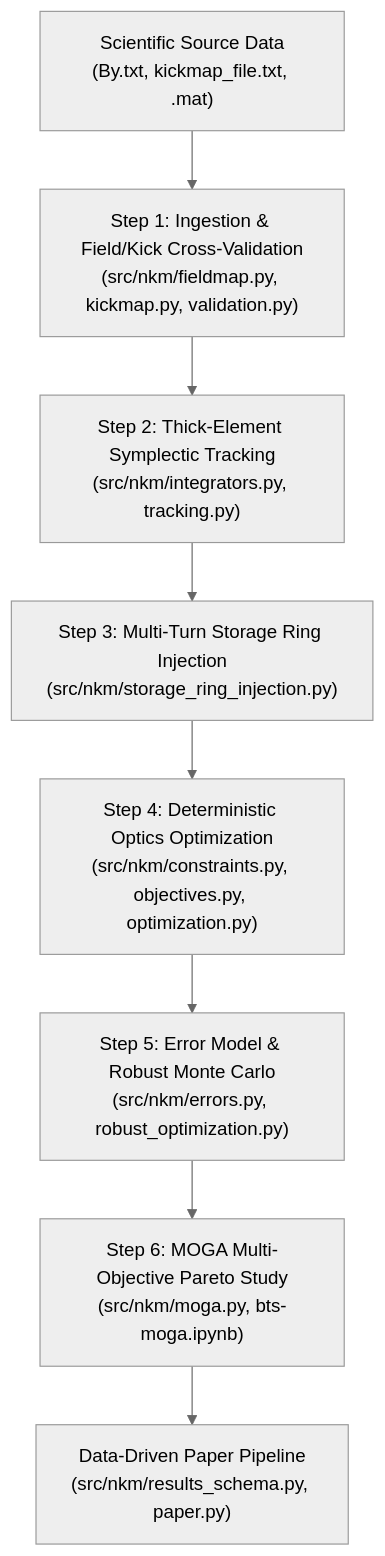
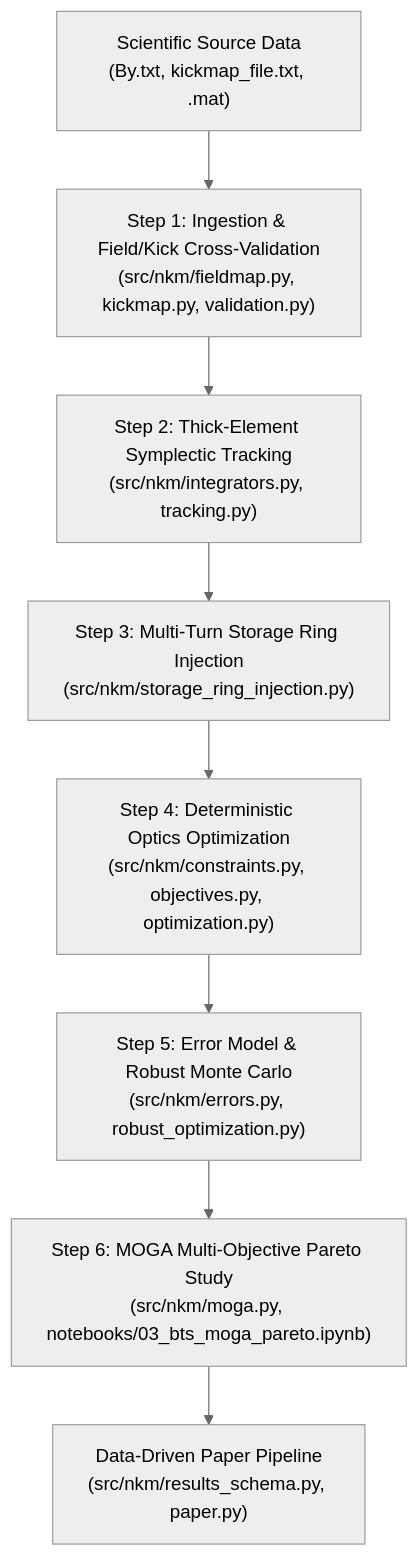
One commit to cspark7701/nkm changed the diagram in docs/SIMULATION_PROCEDURE_AND_PUBLICATION_WORKFLOW.md. Above: the diagram before and after it, drawn with Mermaid (neutral theme). The commit also changed other lines of this file and 4 other files, not shown here.

````diff
--- a/docs/SIMULATION_PROCEDURE_AND_PUBLICATION_WORKFLOW.md
+++ b/docs/SIMULATION_PROCEDURE_AND_PUBLICATION_WORKFLOW.md
@@ -23,10 +23,10 @@
 ```mermaid
 flowchart TD
     A["Scientific Source Data<br>(By.txt, kickmap_file.txt, .mat)"] --> B["Step 1: Ingestion & Field/Kick Cross-Validation<br>(src/nkm/fieldmap.py, kickmap.py, validation.py)"]
     B --> C["Step 2: Thick-Element Symplectic Tracking<br>(src/nkm/integrators.py, tracking.py)"]
     C --> D["Step 3: Multi-Turn Storage Ring Injection<br>(src/nkm/storage_ring_injection.py)"]
     D --> E["Step 4: Deterministic Optics Optimization<br>(src/nkm/constraints.py, objectives.py, optimization.py)"]
     E --> F["Step 5: Error Model & Robust Monte Carlo<br>(src/nkm/errors.py, robust_optimization.py)"]
-    F --> G["Step 6: MOGA Multi-Objective Pareto Study<br>(src/nkm/moga.py, bts-moga.ipynb)"]
+    F --> G["Step 6: MOGA Multi-Objective Pareto Study<br>(src/nkm/moga.py, notebooks/03_bts_moga_pareto.ipynb)"]
     G --> H["Data-Driven Paper Pipeline<br>(src/nkm/results_schema.py, paper.py)"]
 ```
````
